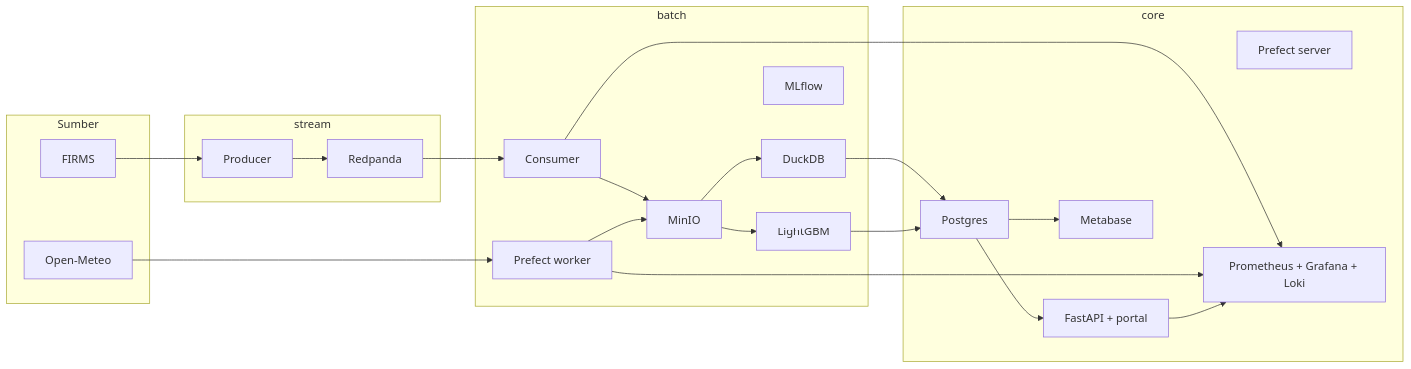
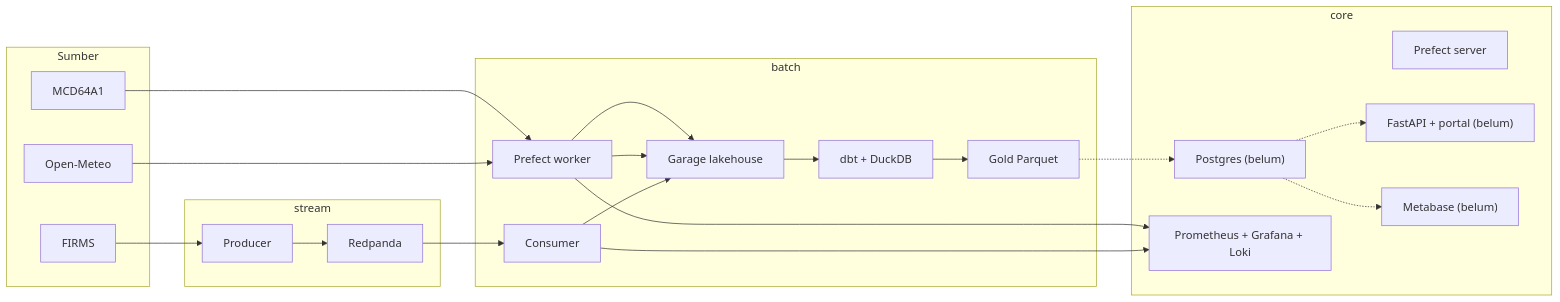
The diagram in docs/architecture.md (prayudahlah/karhutla-data-platform), drawn with Mermaid before and after one commit. The commit also changed other lines of this file and 37 other files, not shown here.

````diff
--- a/docs/architecture.md
+++ b/docs/architecture.md
@@ -15,40 +19,39 @@
 ```mermaid
 flowchart LR
   subgraph S["Sumber"]
     F["FIRMS"]
     O["Open-Meteo"]
+    M["MCD64A1"]
   end
 
   subgraph ST["stream"]
     P["Producer"]
     R["Redpanda"]
   end
 
   subgraph B["batch"]
     C["Consumer"]
-    M["MinIO"]
+    G["Garage lakehouse"]
     PF["Prefect worker"]
-    D["DuckDB"]
-    MLF["MLflow"]
-    L["LightGBM"]
+    D["dbt + DuckDB"]
+    GD["Gold Parquet"]
   end
 
   subgraph CO["core"]
-    PG["Postgres"]
+    PG["Postgres (belum)"]
     PS["Prefect server"]
-    API["FastAPI + portal"]
-    MB["Metabase"]
+    API["FastAPI + portal (belum)"]
+    MB["Metabase (belum)"]
     OBS["Prometheus + Grafana + Loki"]
   end
 
-  F --> P --> R --> C --> M
-  O --> PF --> M
-  M --> D --> PG
-  M --> L
-  L --> PG
-  PG --> API
-  PG --> MB
+  F --> P --> R --> C --> G
+  O --> PF --> G
+  M --> PF --> G
+  G --> D --> GD
+  GD -.-> PG
+  PG -.-> API
+  PG -.-> MB
   C --> OBS
   PF --> OBS
-  API --> OBS
 ```
````
